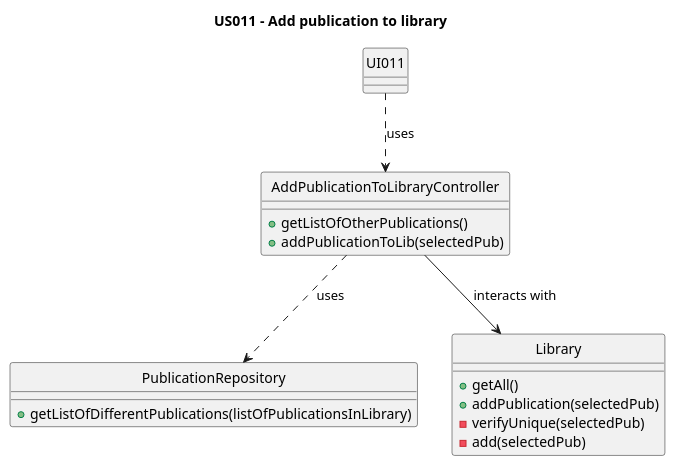
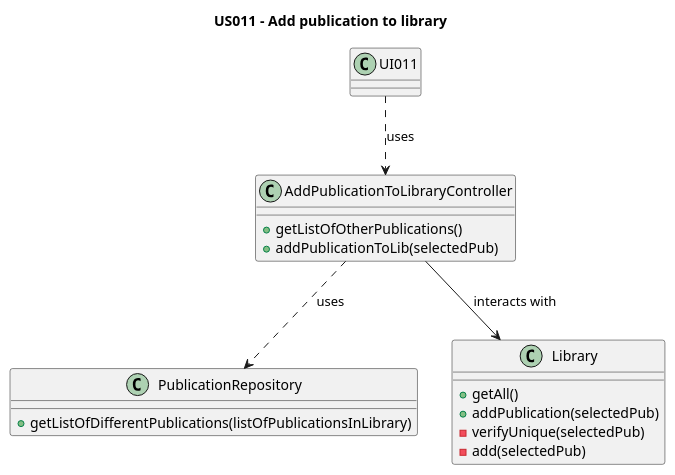
One commit to AndrePereiraGitH/SWitCH-Project-Team_A changed the diagram in Diagrams/ClassDiagrams/US011-To-Add-A-Publication-To-Library.puml. Above: the diagram before and after it, drawn with PlantUML. The commit also changed 4 other files, not shown here.

Commit message:
Working on #106 #104, made some minor alterations to the diagrams

```diff
--- a/Diagrams/ClassDiagrams/US011-To-Add-A-Publication-To-Library.puml
+++ b/Diagrams/ClassDiagrams/US011-To-Add-A-Publication-To-Library.puml
@@ -1,39 +1,37 @@
 @startuml
 title US011 - Add publication to library
-
-hide circle
 
 
 class UI011 {
 }
 
 class AddPublicationToLibraryController {
     + getListOfOtherPublications()
     + addPublicationToLib(selectedPub)
 }
 
 
 
 class PublicationRepository {
     + getListOfDifferentPublications(listOfPublicationsInLibrary)
 }
 
 
 
 class Library {
     + getAll()
     + addPublication(selectedPub)
     - verifyUnique(selectedPub)
     - add(selectedPub)
 }
 
 
 ' ---------------- Relationships ----------------
 
 UI011 ..> AddPublicationToLibraryController : uses
 AddPublicationToLibraryController ..> PublicationRepository:uses
 AddPublicationToLibraryController -->Library : interacts with
 
 
 
 @enduml
```
